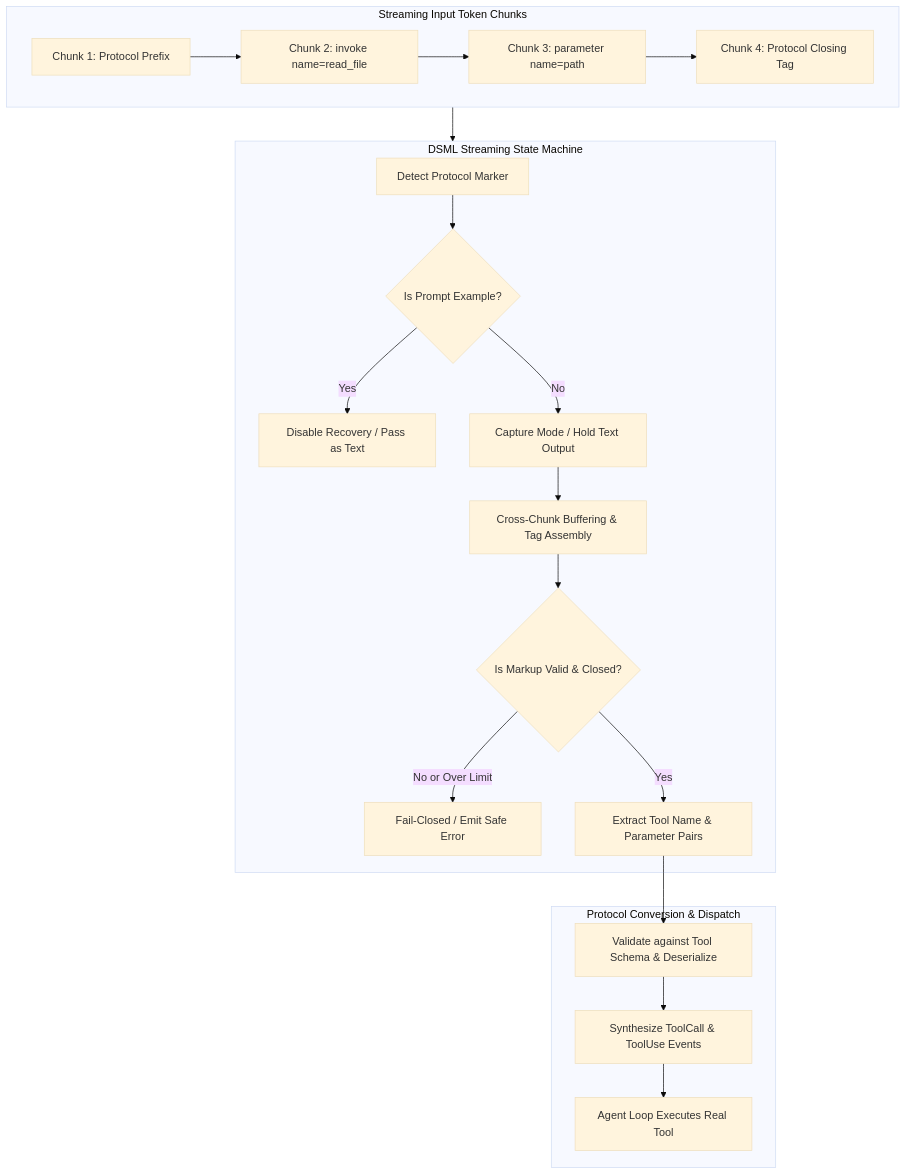
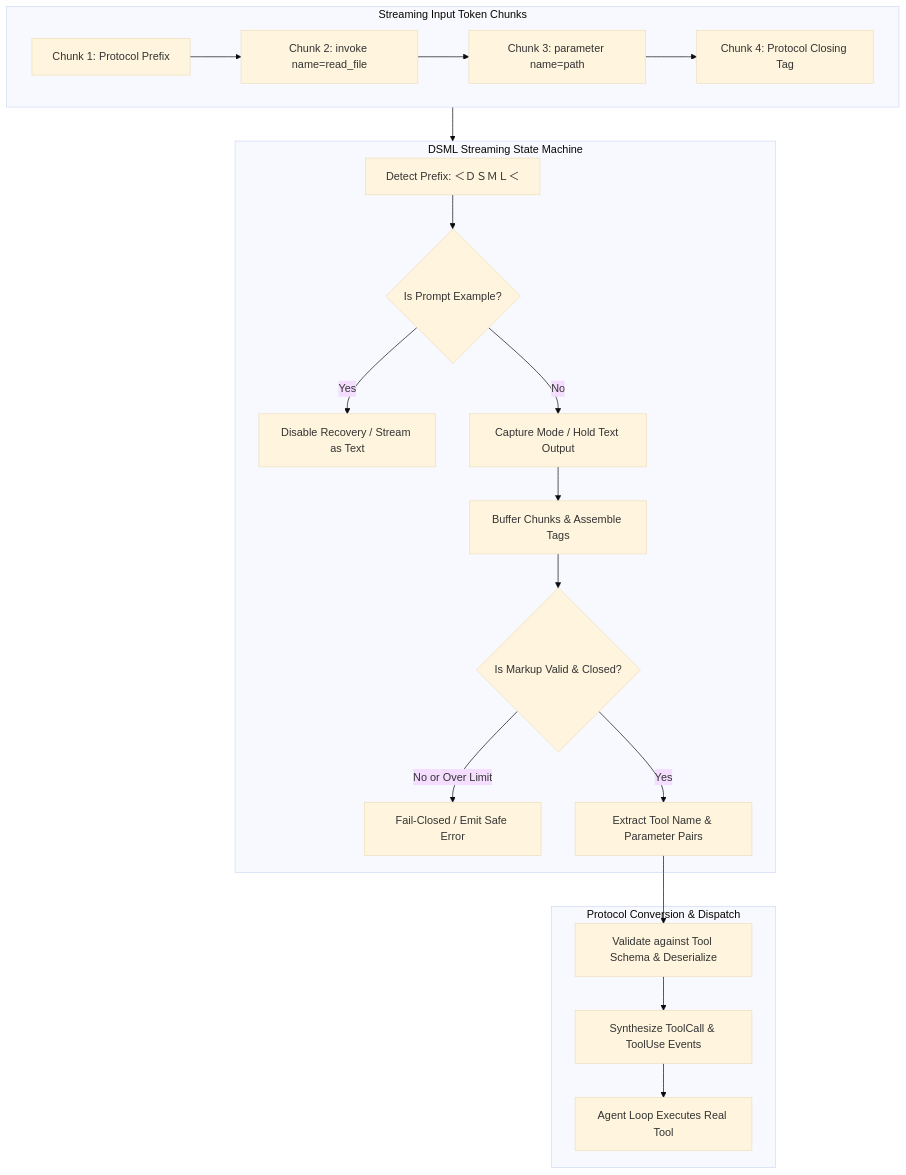
The diagram in content.en/posts/agent-dsml-tool-call-streaming-recovery.md (ferstar/blog), drawn with Mermaid (base theme) before and after one commit. The commit also changed other lines of this file and 9 other files, not shown here.

```diff
--- a/content.en/posts/agent-dsml-tool-call-streaming-recovery.md
+++ b/content.en/posts/agent-dsml-tool-call-streaming-recovery.md
@@ -32,26 +32,26 @@
 {{< mermaid >}}
 flowchart TD
   subgraph Ingestion[Streaming Input Token Chunks]
     A[Chunk 1: Protocol Prefix] --> B[Chunk 2: invoke name=read_file]
     B --> C[Chunk 3: parameter name=path]
     C --> D[Chunk 4: Protocol Closing Tag]
   end
 
   subgraph StateMachine[DSML Streaming State Machine]
-    S1[Detect Protocol Marker] --> S2{Is Prompt Example?}
-    S2 -->|Yes| S3[Disable Recovery / Pass as Text]
+    S1[Detect Prefix: ＜ＤＳＭＬ＜] --> S2{Is Prompt Example?}
+    S2 -->|Yes| S3[Disable Recovery / Stream as Text]
     S2 -->|No| S4[Capture Mode / Hold Text Output]
-    S4 --> S5[Cross-Chunk Buffering & Tag Assembly]
+    S4 --> S5[Buffer Chunks & Assemble Tags]
     S5 --> S6{Is Markup Valid & Closed?}
     S6 -->|No or Over Limit| S7[Fail-Closed / Emit Safe Error]
     S6 -->|Yes| S8[Extract Tool Name & Parameter Pairs]
   end
 
   subgraph Dispatch[Protocol Conversion & Dispatch]
     S8 --> E1[Validate against Tool Schema & Deserialize]
     E1 --> E2[Synthesize ToolCall & ToolUse Events]
     E2 --> E3[Agent Loop Executes Real Tool]
   end
 
   Ingestion --> StateMachine
 {{< /mermaid >}}
```
